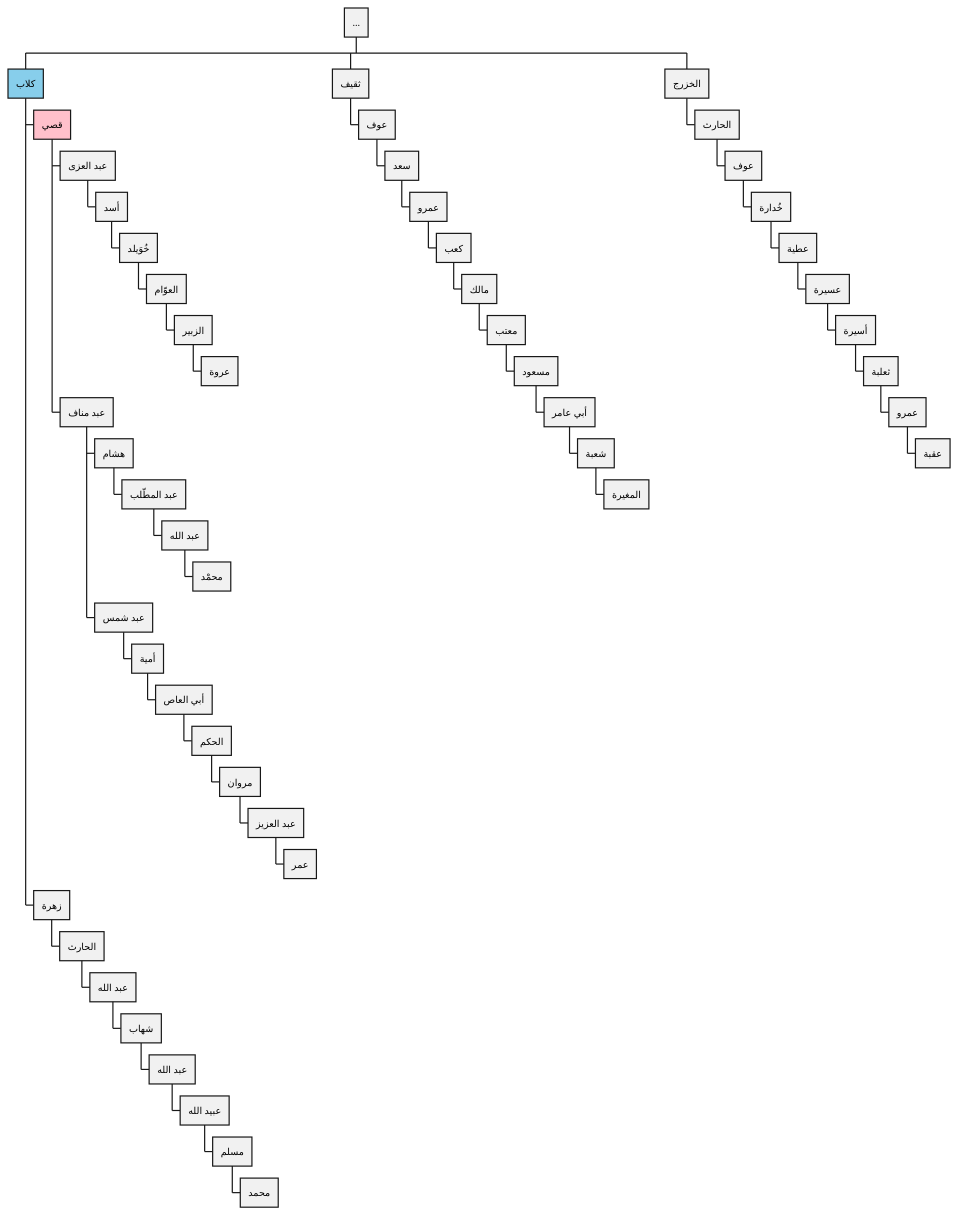
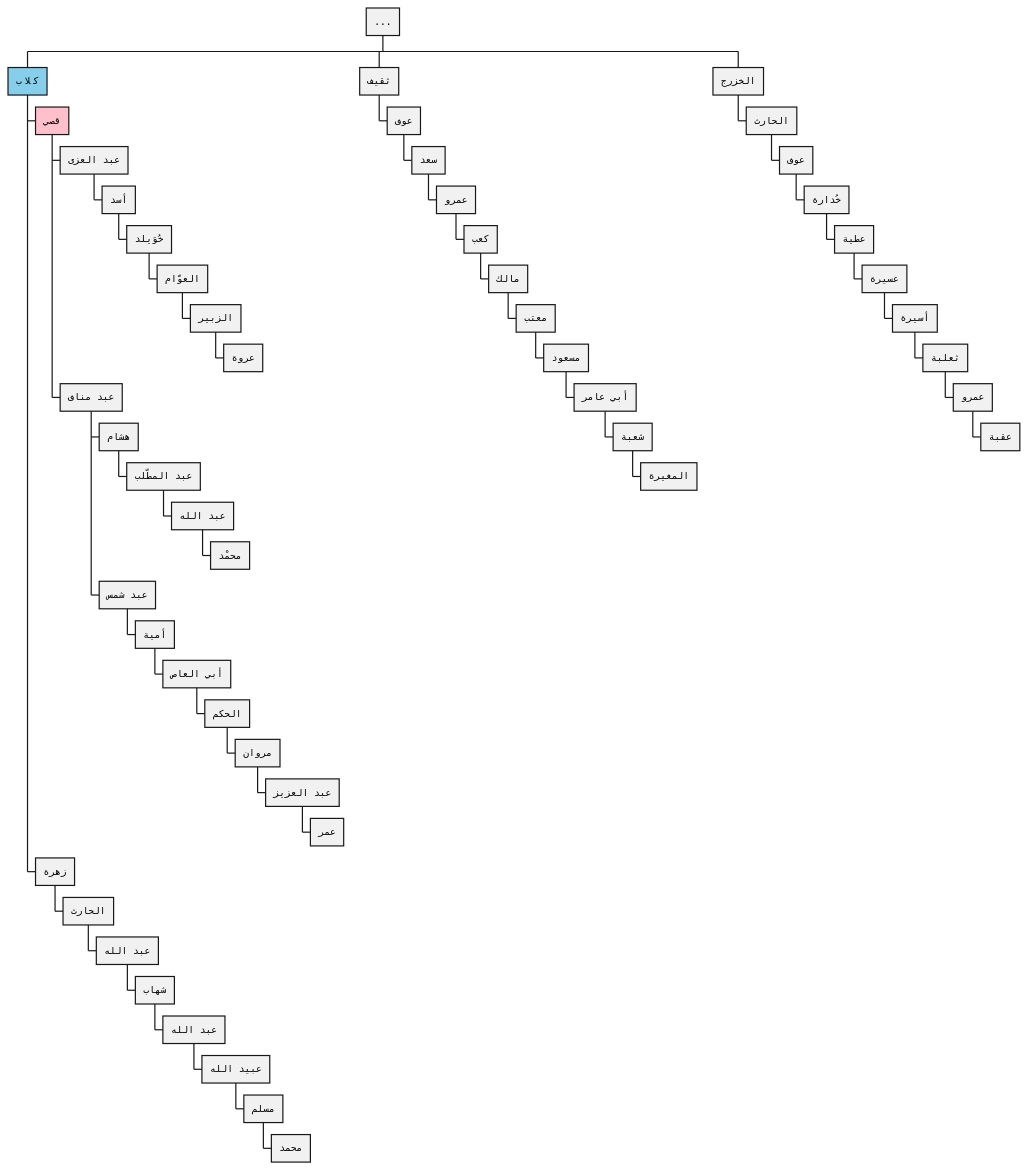
Before and after one commit to aowss/al-muwatta: the diagram in تراجم/أنساب.puml, drawn with PlantUML. The commit also changed 18 other files, not shown here.

```diff
--- a/تراجم/أنساب.puml
+++ b/تراجم/أنساب.puml
@@ -1,60 +1,63 @@
 @startwbs
+
+skinparam defaultFontName Courier
+skinparam DefaultTextAlignment right
 
 * ...
 
 **[#SkyBlue] كلاب
 ***[#pink] قصي
 **** عبد العزى
 ***** أسد
 ****** خُوَيلد
 ******* العوّام
 ******** الزبير
 ********* عروة
 
 **** عبد مناف
 ***** هشام
 ****** عبد المطّلب
 ******* عبد الله
 ******** محمْد
 
 ***** عبد شمس
 ****** أمية
 ******* أبي العاص
 ******** الحكم
 ********* مروان
 ********** عبد العزيز
 *********** عمر
 
 *** زهرة
 **** الحارث
 ***** عبد الله
 ****** شهاب
 ******* عبد الله
 ******** عبيد الله
 ********* مسلم
 ********** محمد
 
 ** ثقيف
 *** عوف
 **** سعد
 ***** عمرو
 ****** كعب
 ******* مالك
 ******** معتب
 ********* مسعود
 ********** أبي عامر
 *********** شعبة
 ************ المغيرة
 
 ** الخزرج
 *** الحارث
 **** عوف
 ***** خُدارة
 ****** عطية
 ******* عسيرة
 ******** أسيرة
 ********* ثعلبة
 ********** عمرو
 *********** عقبة
 
 @endwbs
```
